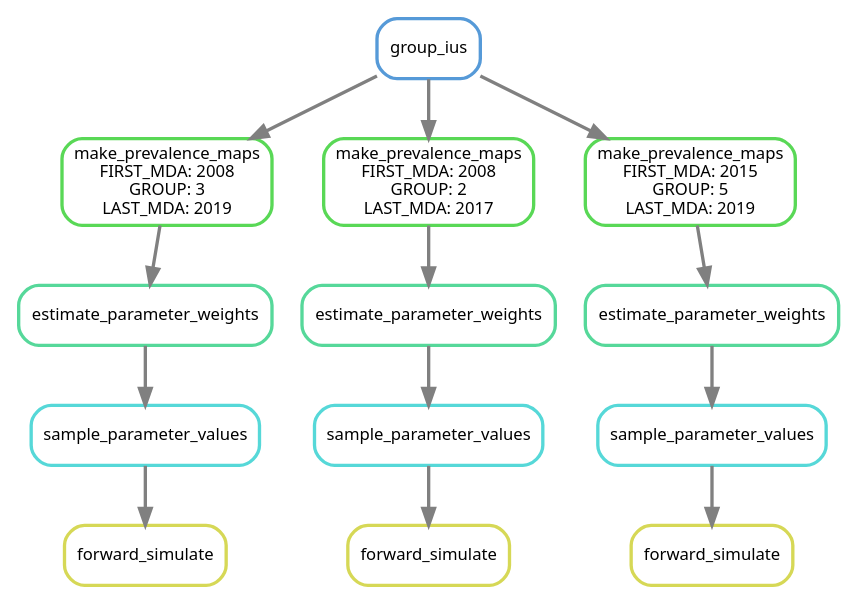
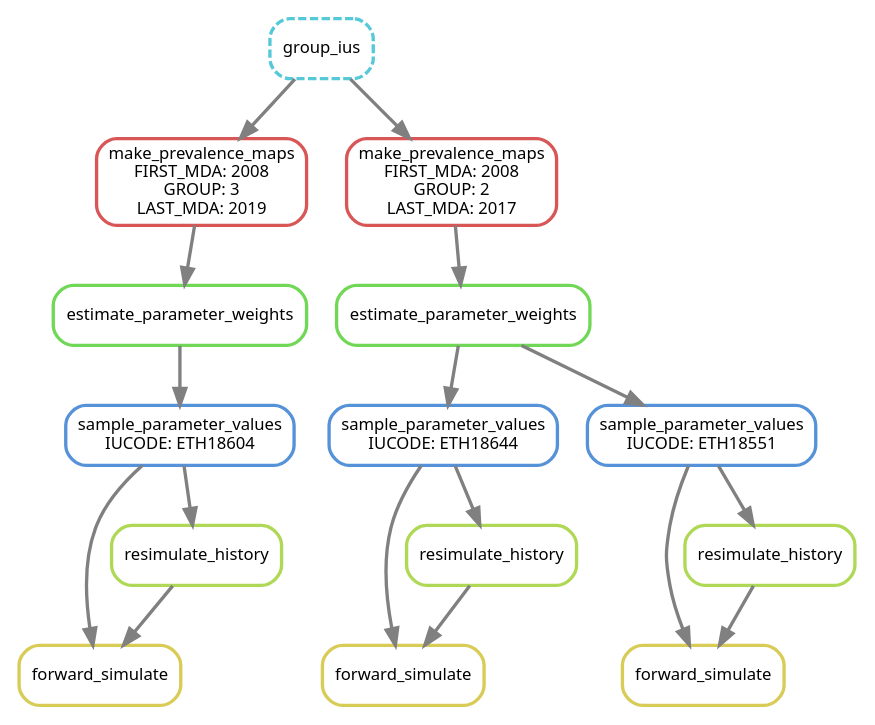
One commit to tlestang/ntdmc_snakemake_pipeline changed the diagram in img/parallel_dag.dot. Above: the diagram before and after it, drawn with Graphviz. The commit also changed 3 other files, not shown here.

Commit message:
Update graphs in readme

```diff
--- a/img/parallel_dag.dot
+++ b/img/parallel_dag.dot
@@ -1,30 +1,35 @@
 digraph snakemake_dag {
     graph[bgcolor=white, margin=0];
     node[shape=box, style=rounded, fontname=sans,                 fontsize=10, penwidth=2];
     edge[penwidth=2, color=grey];
-	0[label = "forward_simulate", color = "0.17 0.6 0.85", style="rounded"];
-	1[label = "sample_parameter_values", color = "0.50 0.6 0.85", style="rounded"];
-	2[label = "estimate_parameter_weights", color = "0.42 0.6 0.85", style="rounded"];
-	4[label = "make_prevalence_maps\nFIRST_MDA: 2008\nGROUP: 3\nLAST_MDA: 2019", color = "0.33 0.6 0.85", style="rounded"];
-	5[label = "group_ius", color = "0.58 0.6 0.85", style="rounded"];
-	7[label = "forward_simulate", color = "0.17 0.6 0.85", style="rounded"];
-	8[label = "sample_parameter_values", color = "0.50 0.6 0.85", style="rounded"];
-	9[label = "estimate_parameter_weights", color = "0.42 0.6 0.85", style="rounded"];
-	11[label = "make_prevalence_maps\nFIRST_MDA: 2008\nGROUP: 2\nLAST_MDA: 2017", color = "0.33 0.6 0.85", style="rounded"];
-	12[label = "forward_simulate", color = "0.17 0.6 0.85", style="rounded"];
-	13[label = "sample_parameter_values", color = "0.50 0.6 0.85", style="rounded"];
-	14[label = "estimate_parameter_weights", color = "0.42 0.6 0.85", style="rounded"];
-	16[label = "make_prevalence_maps\nFIRST_MDA: 2015\nGROUP: 5\nLAST_MDA: 2019", color = "0.33 0.6 0.85", style="rounded"];
-	1 -> 0
-	2 -> 1
-	4 -> 2
-	5 -> 4
-	8 -> 7
-	9 -> 8
-	11 -> 9
-	5 -> 11
-	13 -> 12
-	14 -> 13
-	16 -> 14
-	5 -> 16
+	0[label = "forward_simulate", color = "0.15 0.6 0.85", style="rounded"];
+	1[label = "group_ius", color = "0.52 0.6 0.85", style="rounded,dashed"];
+	3[label = "forward_simulate", color = "0.15 0.6 0.85", style="rounded"];
+	4[label = "forward_simulate", color = "0.15 0.6 0.85", style="rounded"];
+	5[label = "sample_parameter_values\nIUCODE: ETH18604", color = "0.59 0.6 0.85", style="rounded"];
+	6[label = "estimate_parameter_weights", color = "0.30 0.6 0.85", style="rounded"];
+	8[label = "make_prevalence_maps\nFIRST_MDA: 2008\nGROUP: 3\nLAST_MDA: 2019", color = "0.00 0.6 0.85", style="rounded"];
+	9[label = "resimulate_history", color = "0.22 0.6 0.85", style="rounded"];
+	10[label = "sample_parameter_values\nIUCODE: ETH18644", color = "0.59 0.6 0.85", style="rounded"];
+	11[label = "estimate_parameter_weights", color = "0.30 0.6 0.85", style="rounded"];
+	13[label = "make_prevalence_maps\nFIRST_MDA: 2008\nGROUP: 2\nLAST_MDA: 2017", color = "0.00 0.6 0.85", style="rounded"];
+	14[label = "resimulate_history", color = "0.22 0.6 0.85", style="rounded"];
+	15[label = "sample_parameter_values\nIUCODE: ETH18551", color = "0.59 0.6 0.85", style="rounded"];
+	16[label = "resimulate_history", color = "0.22 0.6 0.85", style="rounded"];
+	5 -> 0
+	9 -> 0
+	10 -> 3
+	14 -> 3
+	15 -> 4
+	16 -> 4
+	6 -> 5
+	8 -> 6
+	1 -> 8
+	5 -> 9
+	11 -> 10
+	13 -> 11
+	1 -> 13
+	10 -> 14
+	11 -> 15
+	15 -> 16
 }            
```
